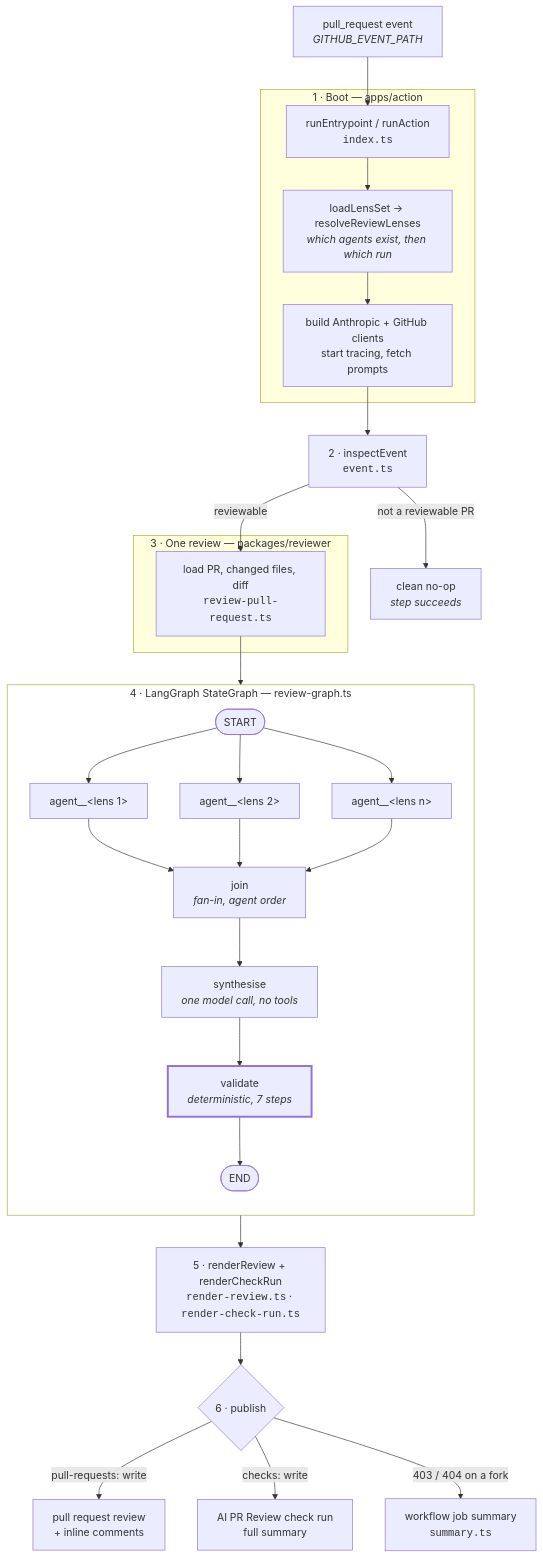
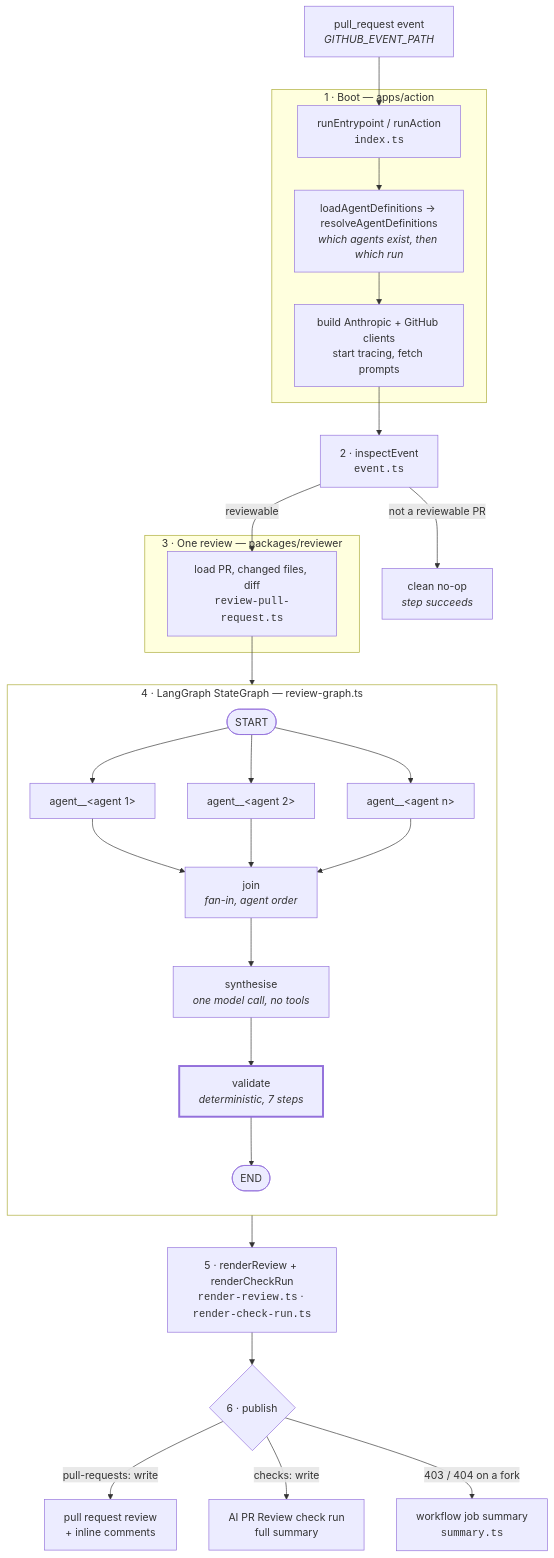
One commit to sunnyeyles/pr-review-agents changed the diagram in docs/agent-flow.md. Above: the diagram before and after it, drawn with Mermaid. The commit also changed other lines of this file and 49 other files, not shown here.

First line of the commit message:
refactor: one word for a review agent, and honest filenames

````diff
--- a/docs/agent-flow.md
+++ b/docs/agent-flow.md
@@ -19,43 +19,43 @@
 ```mermaid
 flowchart TD
     EVENT["pull_request event<br/><i>GITHUB_EVENT_PATH</i>"] --> ENTRY
 
     subgraph BOOT["1 · Boot — apps/action"]
         ENTRY["runEntrypoint / runAction<br/><code>index.ts</code>"]
-        ENTRY --> LENS["loadLensSet → resolveReviewLenses<br/><i>which agents exist, then which run</i>"]
-        LENS --> CLIENTS["build Anthropic + GitHub clients<br/>start tracing, fetch prompts"]
+        ENTRY --> AGENT["loadAgentDefinitions → resolveAgentDefinitions<br/><i>which agents exist, then which run</i>"]
+        AGENT --> CLIENTS["build Anthropic + GitHub clients<br/>start tracing, fetch prompts"]
     end
 
     CLIENTS --> INSPECT["2 · inspectEvent<br/><code>event.ts</code>"]
     INSPECT -->|not a reviewable PR| NOOP["clean no-op<br/><i>step succeeds</i>"]
     INSPECT -->|reviewable| LOAD
 
     subgraph REVIEW["3 · One review — packages/reviewer"]
         LOAD["load PR, changed files, diff<br/><code>review-pull-request.ts</code>"]
     end
 
     LOAD --> GRAPH
 
     subgraph GRAPH["4 · LangGraph StateGraph — review-graph.ts"]
         direction TB
         START(["START"])
-        START --> A1["agent__&lt;lens 1&gt;"]
-        START --> A2["agent__&lt;lens 2&gt;"]
-        START --> A3["agent__&lt;lens n&gt;"]
+        START --> A1["agent__&lt;agent 1&gt;"]
+        START --> A2["agent__&lt;agent 2&gt;"]
+        START --> A3["agent__&lt;agent n&gt;"]
         A1 --> JOIN["join<br/><i>fan-in, agent order</i>"]
         A2 --> JOIN
         A3 --> JOIN
         JOIN --> SYNTH["synthesise<br/><i>one model call, no tools</i>"]
         SYNTH --> VAL["validate<br/><i>deterministic, 7 steps</i>"]
         VAL --> ENDN(["END"])
     end
 
     GRAPH --> RENDER["5 · renderReview + renderCheckRun<br/><code>render-review.ts</code> · <code>render-check-run.ts</code>"]
     RENDER --> PUB{"6 · publish"}
     PUB -->|pull-requests: write| COMMENTS["pull request review<br/>+ inline comments"]
     PUB -->|checks: write| CHECK["AI PR Review check run<br/>full summary"]
     PUB -->|403 / 404 on a fork| SUM["workflow job summary<br/><code>summary.ts</code>"]
 
     style GRAPH fill:transparent
     style VAL stroke-width:3px
 ```
````
